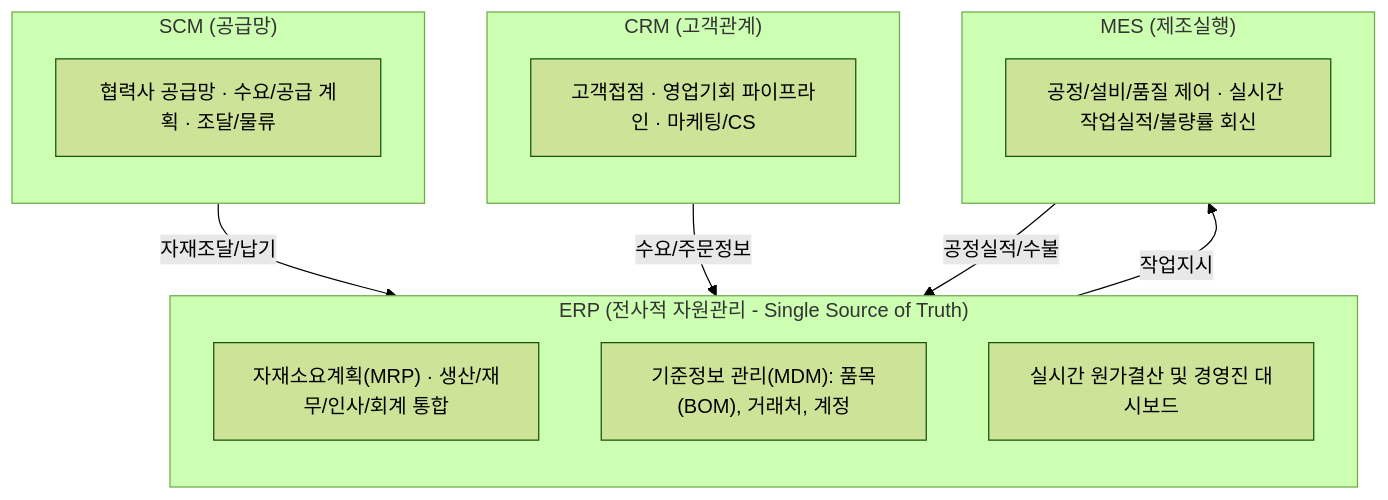
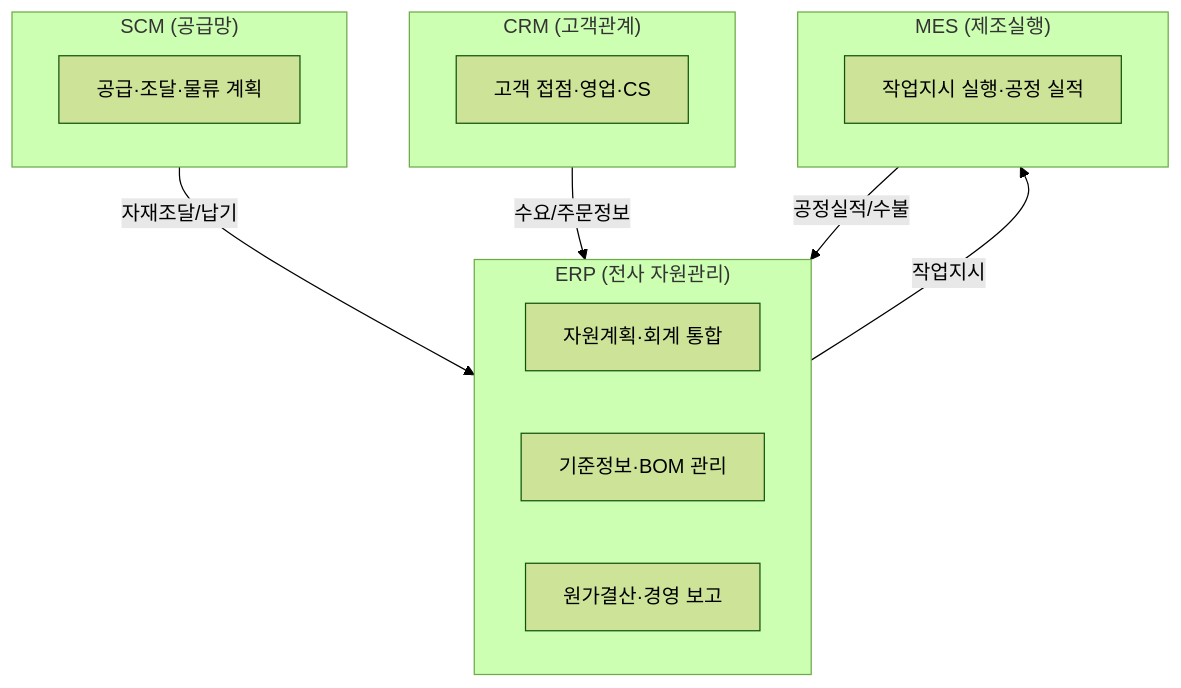
Before and after one commit to agnusdei1207/study: the second of 3 diagrams in src/content/docs/notes/itpe/01-it-strategy/068_erp.md, drawn with Mermaid (forest theme). The commit also changed other lines of this file and 19 other files, not shown here.

````diff
--- a/src/content/docs/notes/itpe/01-it-strategy/068_erp.md
+++ b/src/content/docs/notes/itpe/01-it-strategy/068_erp.md
@@ -68,29 +65,25 @@
 ```mermaid
 flowchart TD
     subgraph SCM["SCM (공급망)"]
-        direction TB
-        SC1["협력사 공급망 · 수요/공급 계획 · 조달/물류"]
+        SC1["공급·조달·물류 계획"]
     end
 
-    subgraph ERP["ERP (전사적 자원관리 - Single Source of Truth)"]
-        direction TB
-        E1["자재소요계획(MRP) · 생산/재무/인사/회계 통합"]
-        E2["기준정보 관리(MDM): 품목(BOM), 거래처, 계정"]
-        E3["실시간 원가결산 및 경영진 대시보드"]
+    subgraph ERP["ERP (전사 자원관리)"]
+        E1["자원계획·회계 통합"]
+        E2["기준정보·BOM 관리"]
+        E3["원가결산·경영 보고"]
     end
 
     subgraph CRM["CRM (고객관계)"]
-        direction TB
-        CR1["고객접점 · 영업기회 파이프라인 · 마케팅/CS"]
+        CR1["고객 접점·영업·CS"]
     end
 
     subgraph MES["MES (제조실행)"]
-        direction TB
-        M1["공정/설비/품질 제어 · 실시간 작업실적/불량률 회신"]
+        M1["작업지시 실행·공정 실적"]
     end
 
     SCM -->|자재조달/납기| ERP
     CRM -->|수요/주문정보| ERP
     ERP -->|작업지시| MES
     MES -->|공정실적/수불| ERP
 ```
````
